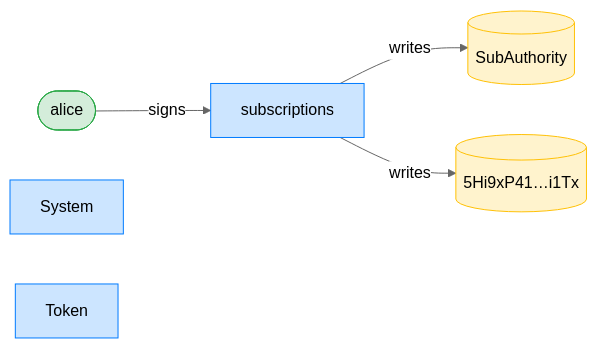
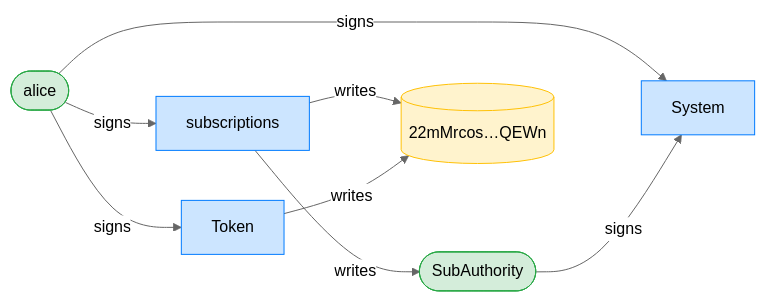
The third of 8 diagrams in dsl_tests/transfer-subscription--a-cancelled-subscription-past-its-period-is-refused.md (cds-rs/subscriptions), drawn with Mermaid (neutral theme) before and after one commit. The commit also changed other lines of this file and 224 other files, not shown here.

````diff
--- a/dsl_tests/transfer-subscription--a-cancelled-subscription-past-its-period-is-refused.md
+++ b/dsl_tests/transfer-subscription--a-cancelled-subscription-past-its-period-is-refused.md
@@ -55,15 +56,19 @@
 ```mermaid
 flowchart LR
     classDef signer fill:#d4edda,stroke:#28a745;
     classDef program fill:#cce5ff,stroke:#007bff;
     classDef writable fill:#fff3cd,stroke:#ffc107;
     subscriptions[subscriptions]:::program
     alice([alice]):::signer
-    SubAuthority[(SubAuthority)]:::writable
-    5Hi9xP41_i1Tx[("5Hi9xP41…i1Tx")]:::writable
+    SubAuthority([SubAuthority]):::signer
+    22mMrcos_QEWn[("22mMrcos…QEWn")]:::writable
     System[System]:::program
     Token[Token]:::program
     alice -->|signs| subscriptions
+    alice -->|signs| System
+    SubAuthority -->|signs| System
+    alice -->|signs| Token
     subscriptions -->|writes| SubAuthority
-    subscriptions -->|writes| 5Hi9xP41_i1Tx
+    subscriptions -->|writes| 22mMrcos_QEWn
+    Token -->|writes| 22mMrcos_QEWn
 ```
````
